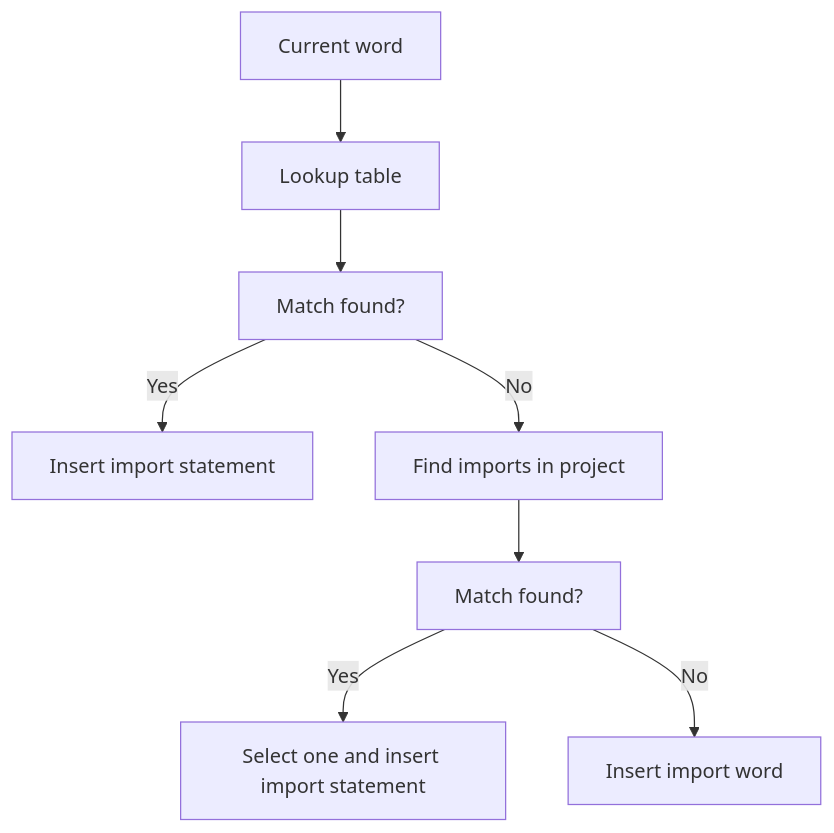
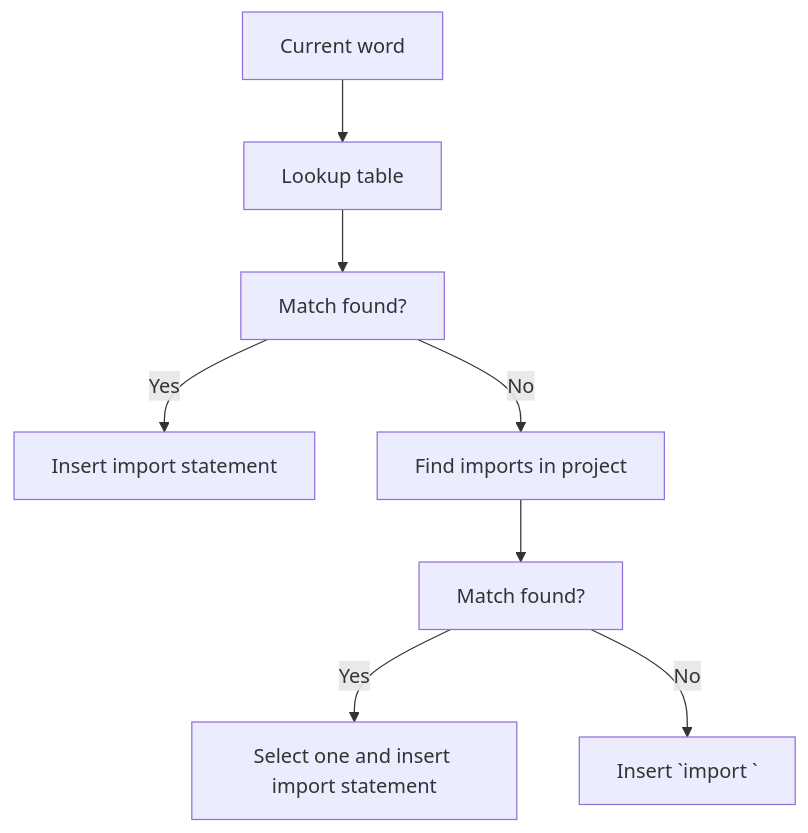
Before and after one commit to kiyoon/python-import.nvim: the diagram in README.md, drawn with Mermaid.

````diff
--- a/README.md
+++ b/README.md
@@ -10,10 +10,10 @@
 ```mermaid
 graph TD
     A[Current word] --> B[Lookup table]
     B --> C[Match found?]
     C -->|Yes| D[Insert import statement]
     C -->|No| E[Find imports in project]
     E --> F[Match found?]
     F -->|Yes| G[Select one and insert import statement]
-    F -->|No| H[Insert import word]
+    F -->|No| H[Insert `import <word>`]
 ```
````
